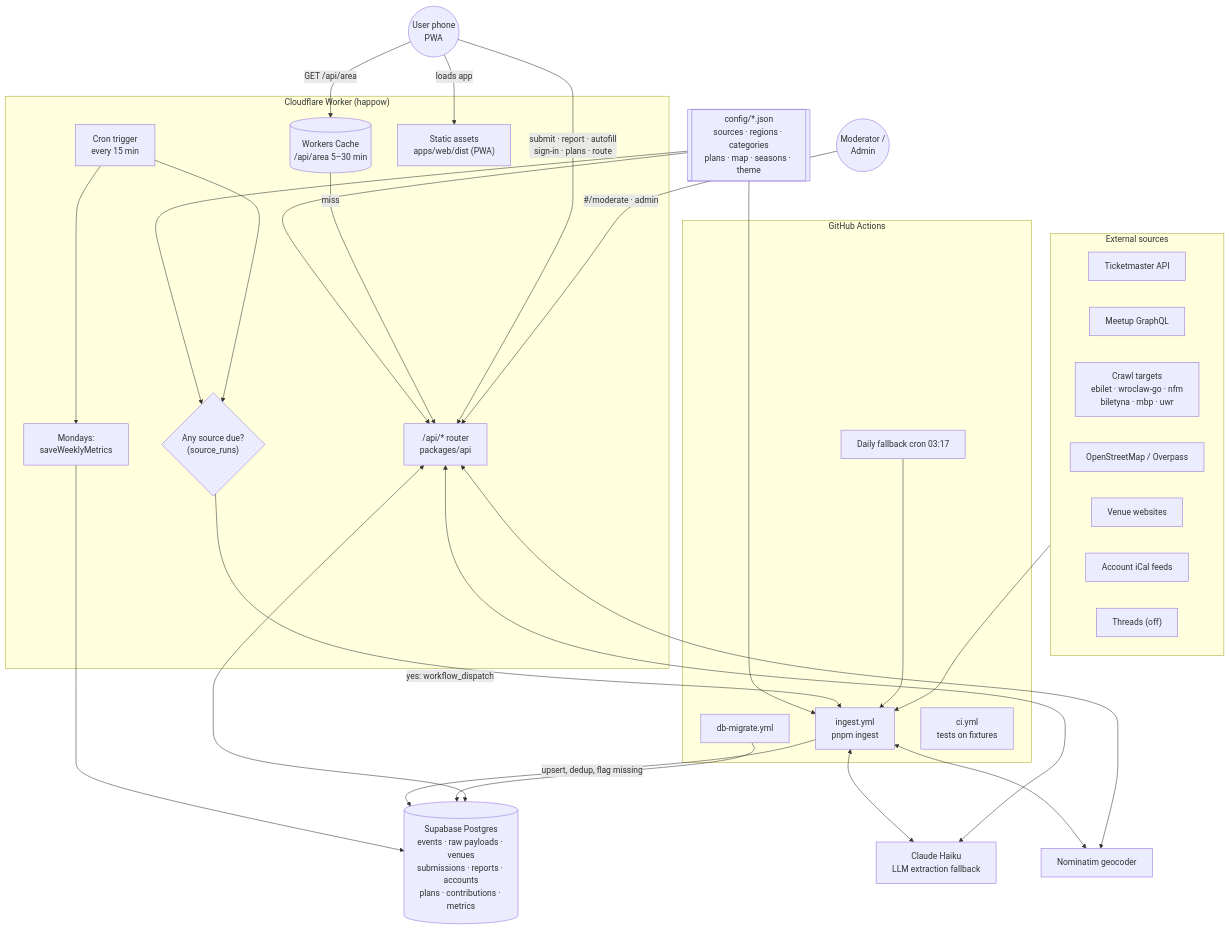
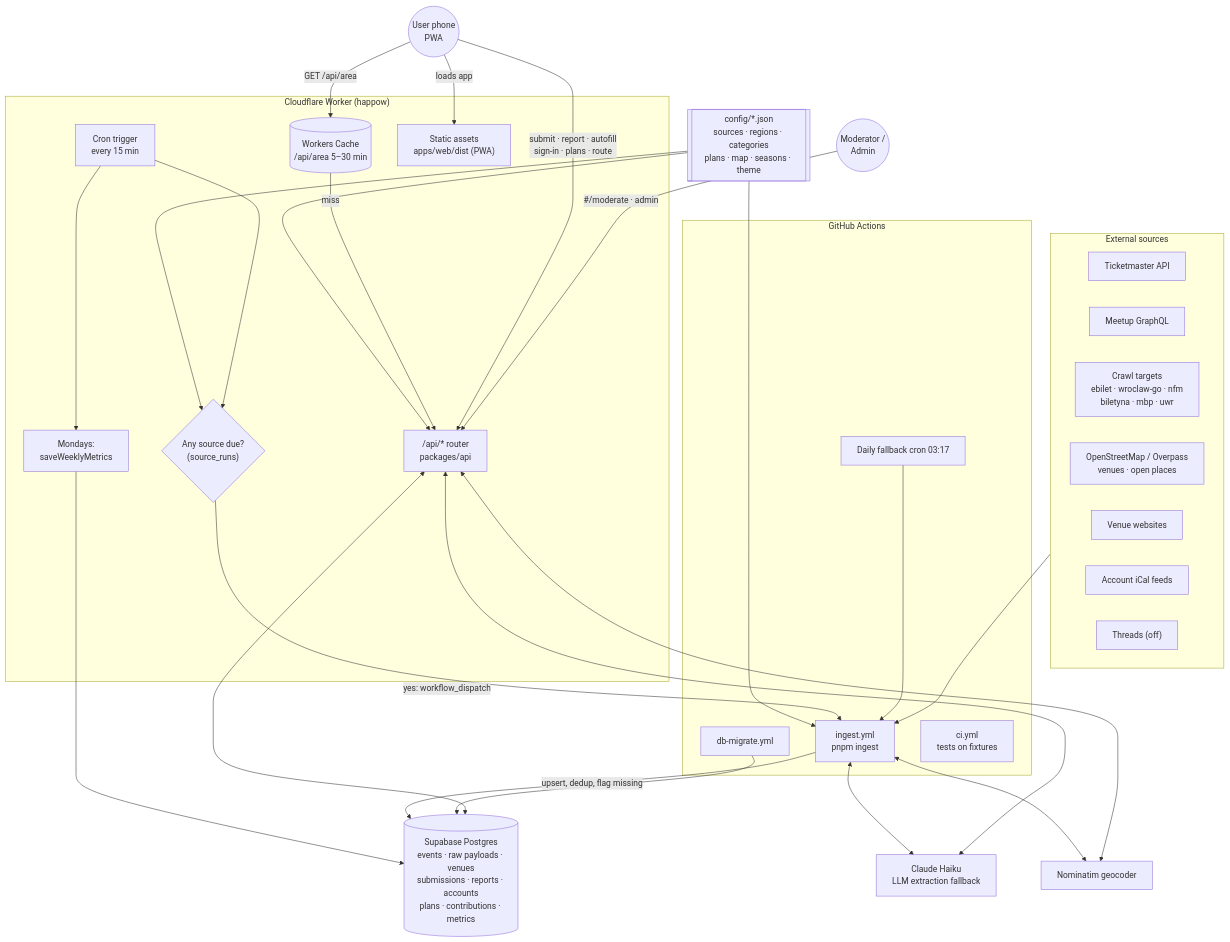
Before and after one commit to PriamSinbob/Happow: the first of 4 diagrams in docs/ARCHITECTURE.md, drawn with Mermaid. The commit also changed other lines of this file and 31 other files, not shown here.

First line of the commit message:
Open places on the map: restaurants, pubs, galleries while they are open

````diff
--- a/docs/ARCHITECTURE.md
+++ b/docs/ARCHITECTURE.md
@@ -9,59 +9,59 @@
 ```mermaid
 flowchart TB
   CFG[["config/*.json<br/>sources · regions · categories<br/>plans · map · seasons · theme"]]
 
   subgraph CF["Cloudflare Worker (happow)"]
     CRON["Cron trigger<br/>every 15 min"]
     SCHED{"Any source due?<br/>(source_runs)"}
     METRICS["Mondays:<br/>saveWeeklyMetrics"]
     API["/api/* router<br/>packages/api"]
     CACHE[("Workers Cache<br/>/api/area 5–30 min")]
     STATIC["Static assets<br/>apps/web/dist (PWA)"]
   end
 
   subgraph GH["GitHub Actions"]
     INGEST["ingest.yml<br/>pnpm ingest"]
     FALLBACK["Daily fallback cron 03:17"]
     MIGRATE["db-migrate.yml"]
     CI["ci.yml<br/>tests on fixtures"]
   end
 
   subgraph EXT["External sources"]
     TM["Ticketmaster API"]
     MU["Meetup GraphQL"]
     CRAWL["Crawl targets<br/>ebilet · wroclaw-go · nfm<br/>biletyna · mbp · uwr"]
-    OSM["OpenStreetMap / Overpass"]
+    OSM["OpenStreetMap / Overpass<br/>venues · open places"]
     VS["Venue websites"]
     FEEDS["Account iCal feeds"]
     TH["Threads (off)"]
   end
 
   LLM["Claude Haiku<br/>LLM extraction fallback"]
   GEO["Nominatim geocoder"]
   DB[("Supabase Postgres<br/>events · raw payloads · venues<br/>submissions · reports · accounts<br/>plans · contributions · metrics")]
 
   USER(("User phone<br/>PWA"))
   MOD(("Moderator /<br/>Admin"))
 
   CFG --> SCHED
   CFG --> INGEST
   CFG --> API
   CRON --> SCHED
   CRON --> METRICS --> DB
   SCHED -- "yes: workflow_dispatch" --> INGEST
   FALLBACK --> INGEST
   EXT --> INGEST
   INGEST <--> LLM
   INGEST <--> GEO
   INGEST -- "upsert, dedup, flag missing" --> DB
   MIGRATE --> DB
 
   USER -- "loads app" --> STATIC
   USER -- "GET /api/area" --> CACHE
   CACHE -- "miss" --> API
   USER -- "submit · report · autofill<br/>sign-in · plans · route" --> API
   MOD -- "#/moderate · admin" --> API
   API <--> DB
   API <--> LLM
   API <--> GEO
 ```
````
